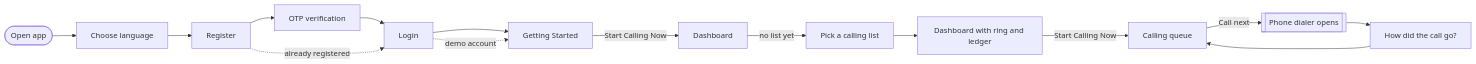
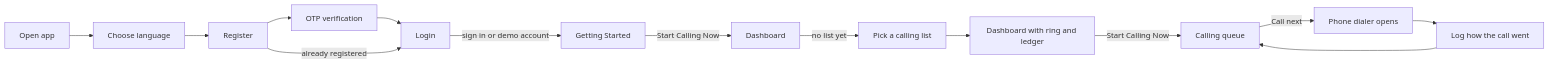
One commit to xeyynon/CS-Infotech- changed the first of 5 diagrams in README.md. Above: the diagram before and after it, drawn with Mermaid. The commit also changed other lines of this file, not shown here.

First line of the commit message:
InBul13: Redraw the README diagrams in plain syntax so GitHub renders them

````diff
--- a/README.md
+++ b/README.md
@@ -99,17 +99,16 @@
 ```mermaid
 flowchart LR
-    A([Open app]) --> B[Choose language]
+    A[Open app] --> B[Choose language]
     B --> C[Register]
     C --> D[OTP verification]
     D --> E[Login]
-    E --> F[Getting Started]
+    C -->|already registered| E
+    E -->|sign in or demo account| F[Getting Started]
     F -->|Start Calling Now| G[Dashboard]
     G -->|no list yet| H[Pick a calling list]
     H --> I[Dashboard with ring and ledger]
     I -->|Start Calling Now| J[Calling queue]
-    J -->|Call next| K[[Phone dialer opens]]
-    K --> L[How did the call go?]
+    J -->|Call next| K[Phone dialer opens]
+    K --> L[Log how the call went]
     L --> J
-    C -. already registered .-> E
-    E -. demo account .-> F
 ```
````
